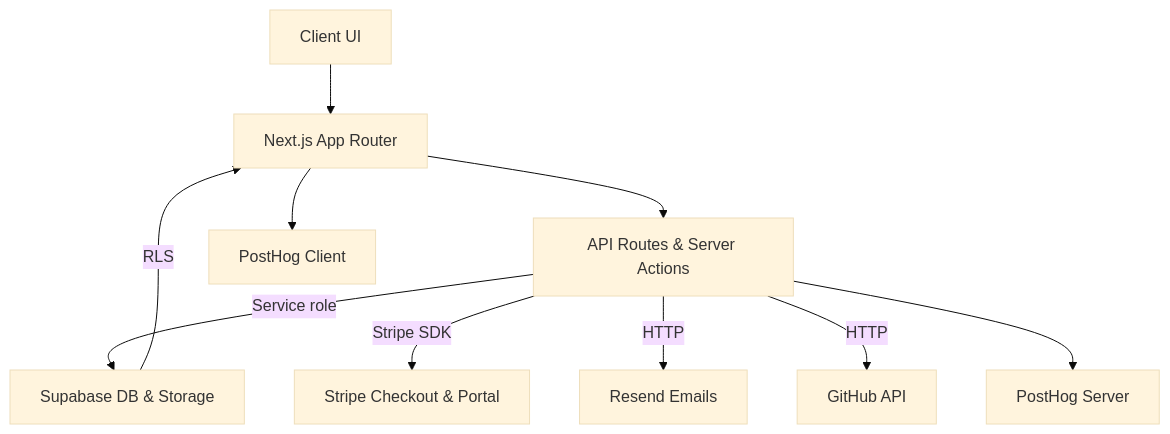
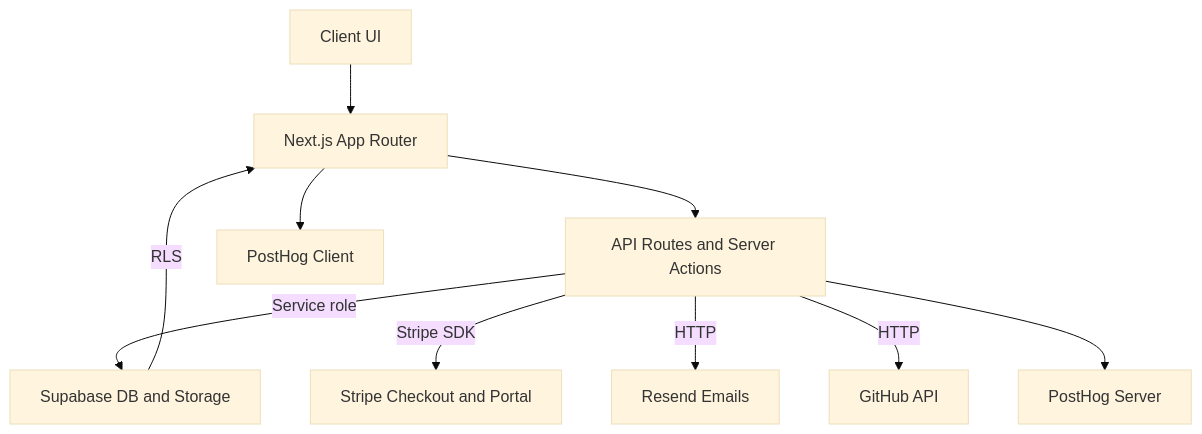
One commit to MohammedAlhawamdeh/docs changed the diagram in index.mdx. Above: the diagram before and after it, drawn with Mermaid (base theme).

Commit message:
Fix wording consistency in architecture overview diagram

````diff
--- a/index.mdx
+++ b/index.mdx
@@ -105,12 +105,12 @@
 ```mermaid
 flowchart TD
     A[Client UI] --> B[Next.js App Router]
-    B --> C[API Routes & Server Actions]
-    C -->|Service role| D[Supabase DB & Storage]
-    C -->|Stripe SDK| E[Stripe Checkout & Portal]
+    B --> C[API Routes and Server Actions]
+    C -->|Service role| D[Supabase DB and Storage]
+    C -->|Stripe SDK| E[Stripe Checkout and Portal]
     C -->|HTTP| F[Resend Emails]
     C -->|HTTP| G[GitHub API]
     B --> H[PostHog Client]
     C --> I[PostHog Server]
     D -->|RLS| B
 ```
````
